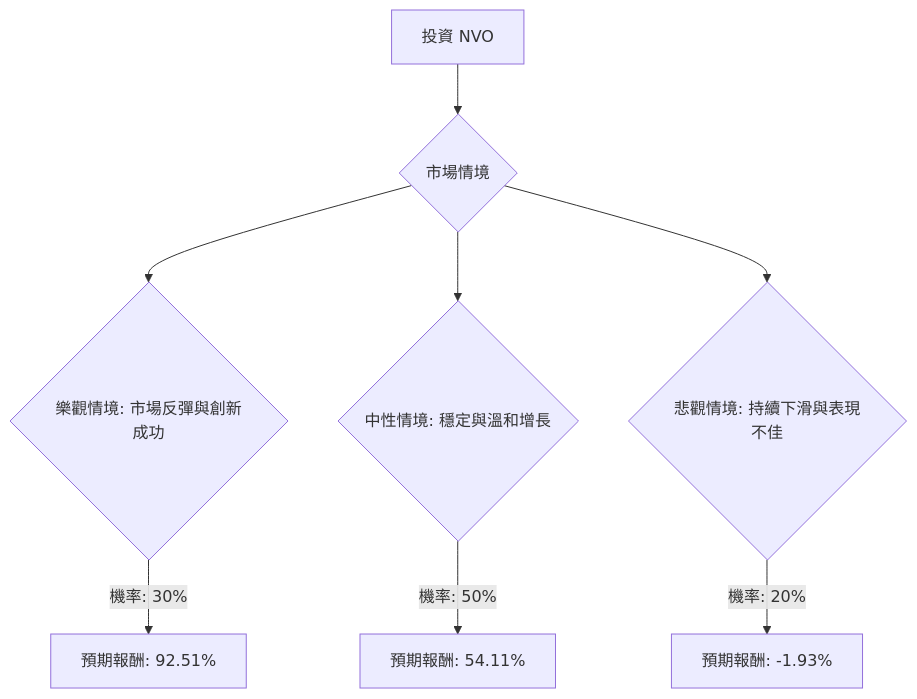
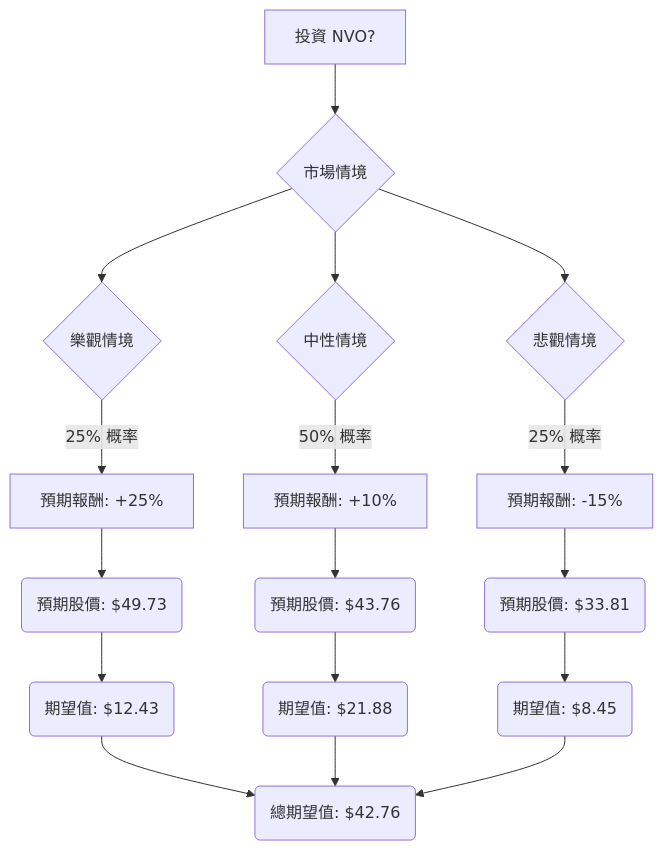
One commit to zmcx16/zmcx16.github.io changed the diagram in plugin-react/ai-analysis/ev-analysis/NVO.md. Above: the diagram before and after it, drawn with Mermaid. The commit also changed other lines of this file and 81 other files, not shown here.

````diff
--- a/plugin-react/ai-analysis/ev-analysis/NVO.md
+++ b/plugin-react/ai-analysis/ev-analysis/NVO.md
@@ -28,13 +18,21 @@
 ```mermaid
 graph TD
-    A[投資 NVO] --> B{市場情境}
+    A[投資 NVO?] --> B{市場情境}
+    B --> C{樂觀情境}
+    B --> D{中性情境}
+    B --> E{悲觀情境}
 
-    B --> C{樂觀情境: 市場反彈與創新成功}
-    C -- 機率: 30% --> C1[預期報酬: 92.51%]
+    C -- 25% 概率 --> C1[預期報酬: +25%]
+    D -- 50% 概率 --> D1[預期報酬: +10%]
+    E -- 25% 概率 --> E1[預期報酬: -15%]
 
-    B --> D{中性情境: 穩定與溫和增長}
-    D -- 機率: 50% --> D1[預期報酬: 54.11%]
+    C1 --> C2(預期股價: $49.73)
+    D1 --> D2(預期股價: $43.76)
+    E1 --> E2(預期股價: $33.81)
 
-    B --> E{悲觀情境: 持續下滑與表現不佳}
-    E -- 機率: 20% --> E1[預期報酬: -1.93%]
+    C2 --> F(期望值: $12.43)
+    D2 --> G(期望值: $21.88)
+    E2 --> H(期望值: $8.45)
+
+    F & G & H --> I(總期望值: $42.76)
 ```
````
